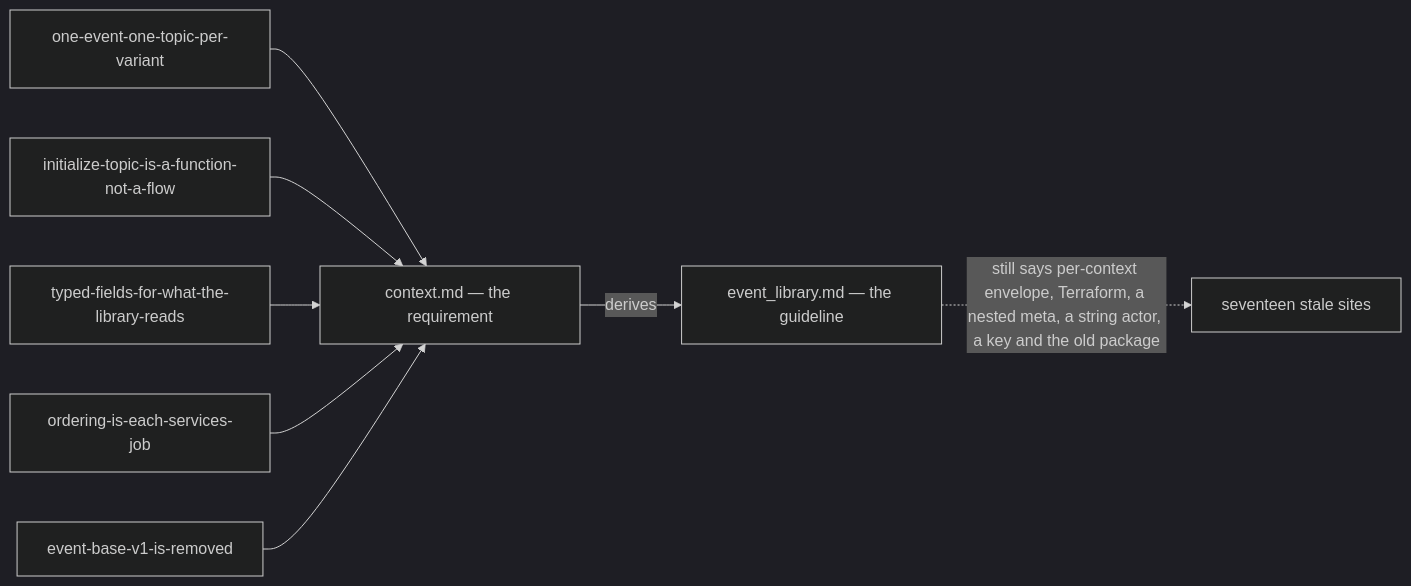
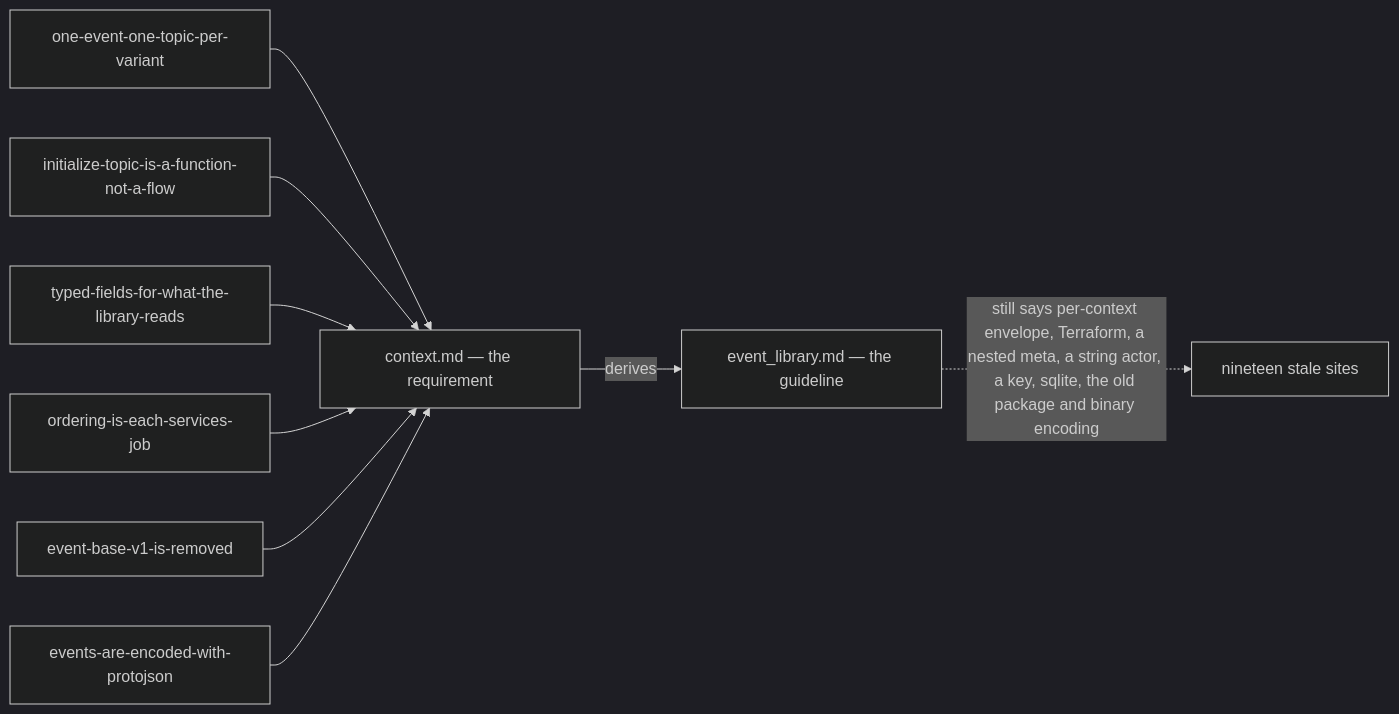
The first of 13 diagrams in docs/technical/event_architecture/context_clarify.md (pdcgo/warehouse_revamp), drawn with Mermaid (dark theme) before and after one commit. The commit also changed other lines of this file and 4 other files, not shown here.

First line of the commit message:
event architecture: eleven decisions, and no open questions left

````diff
--- a/docs/technical/event_architecture/context_clarify.md
+++ b/docs/technical/event_architecture/context_clarify.md
@@ -156,10 +269,11 @@
 ```mermaid
 flowchart LR
   D1["one-event-one-topic-per-variant"] --> R["context.md — the requirement"]
   D2["initialize-topic-is-a-function-not-a-flow"] --> R
   D3["typed-fields-for-what-the-library-reads"] --> R
   D4["ordering-is-each-services-job"] --> R
   R -->|"derives"| G["event_library.md — the guideline"]
   D5["event-base-v1-is-removed"] --> R
-  G -.->|"still says per-context envelope, Terraform, a nested meta, a string actor, a key and the old package"| X["seventeen stale sites"]
+  D6["events-are-encoded-with-protojson"] --> R
+  G -.->|"still says per-context envelope, Terraform, a nested meta, a string actor, a key, sqlite, the old package and binary encoding"| X["nineteen stale sites"]
 ```
````
